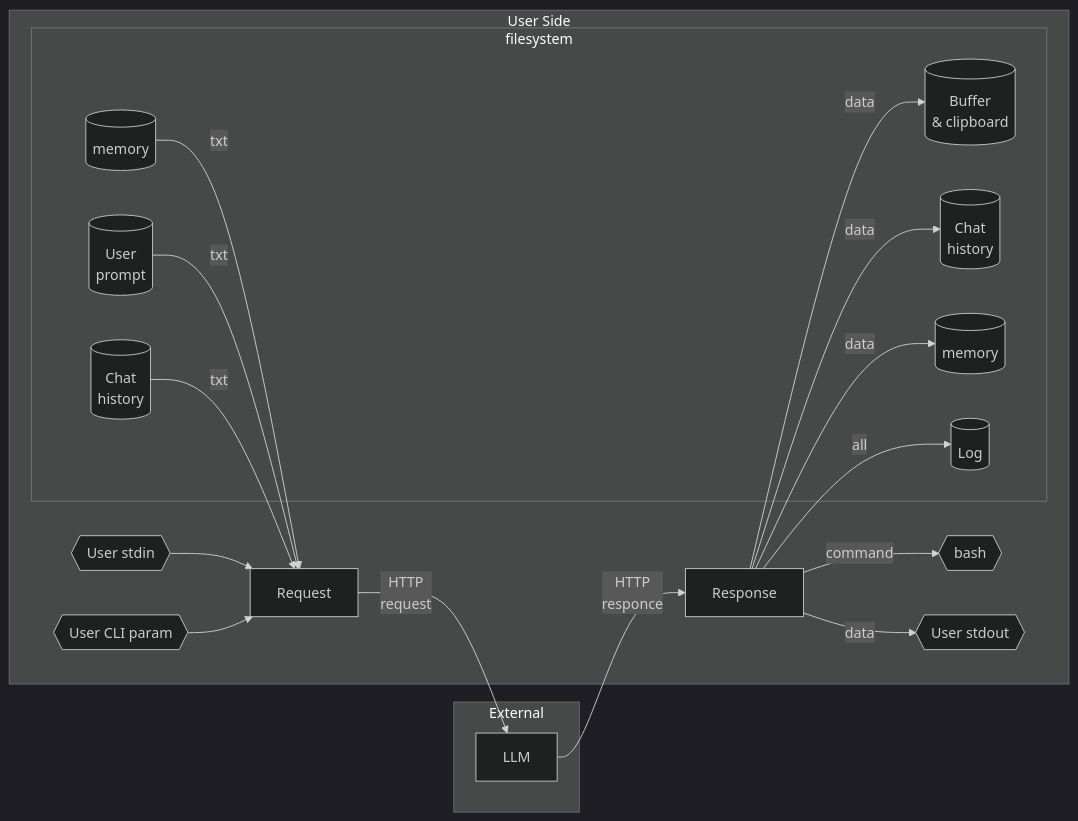
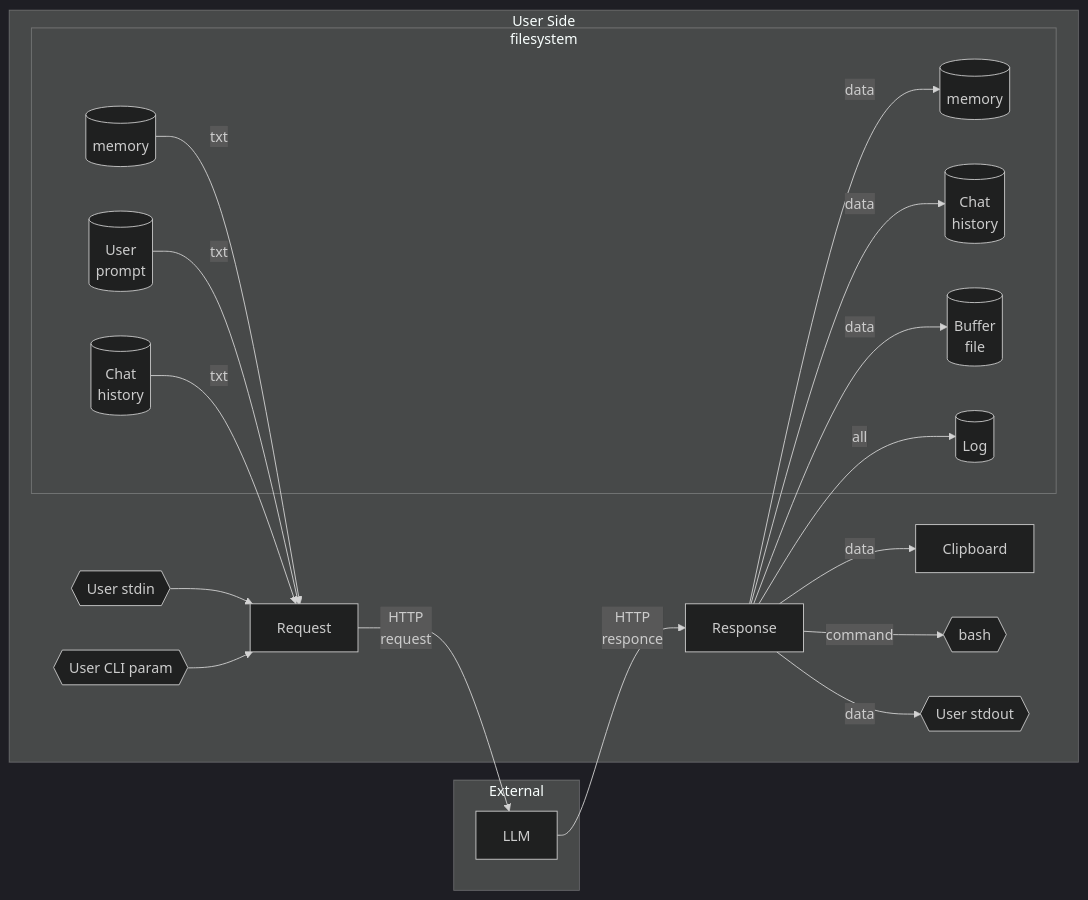
The second of 2 diagrams in README.md (johnthesmith/ai-cli), drawn with Mermaid (dark theme) before and after one commit.

Commit message:
Auto commit

````diff
--- a/README.md
+++ b/README.md
@@ -216,43 +216,45 @@
 ```mermaid
 flowchart LR
     subgraph UserSide["User Side"]
         subgraph filesystem
-            prompt[("User \n prompt")]
-            buffer[("Buffer \n & clipboard")]
-            history_in[("Chat \n history")]
-            history_out[("Chat \n history")]
             memory_in[("memory")]
             memory_out[("memory")]
+            history_out[("Chat \n history")]
+            history_in[("Chat \n history")]
+            prompt[("User \n prompt")]
+            buffer[("Buffer \n file")]
             log[("Log")]
         end
         
+        clipboard["Clipboard"]
         stdin{{"User stdin"}}
         param{{"User CLI param"}}
         command{{"bash"}}
         stdout{{"User stdout"}}
         
         req["Request"]
         resp["Response"]
     end
 
     subgraph World["External"]
         llm["LLM"]
     end
 
     resp --> |all| log
     
     llm --> |HTTP \n responce| resp
     req -->|HTTP \n request| llm
        
     resp -->|data| memory_out
     resp -->|data| history_out
     resp -->|data| stdout
     resp -->|command| command    
     resp -->|data| buffer     
+    resp -->|data| clipboard
 
     memory_in --> |txt| req
     prompt --> |txt| req
     stdin --> req
     param --> req
     history_in --> |txt| req
 ```
````
